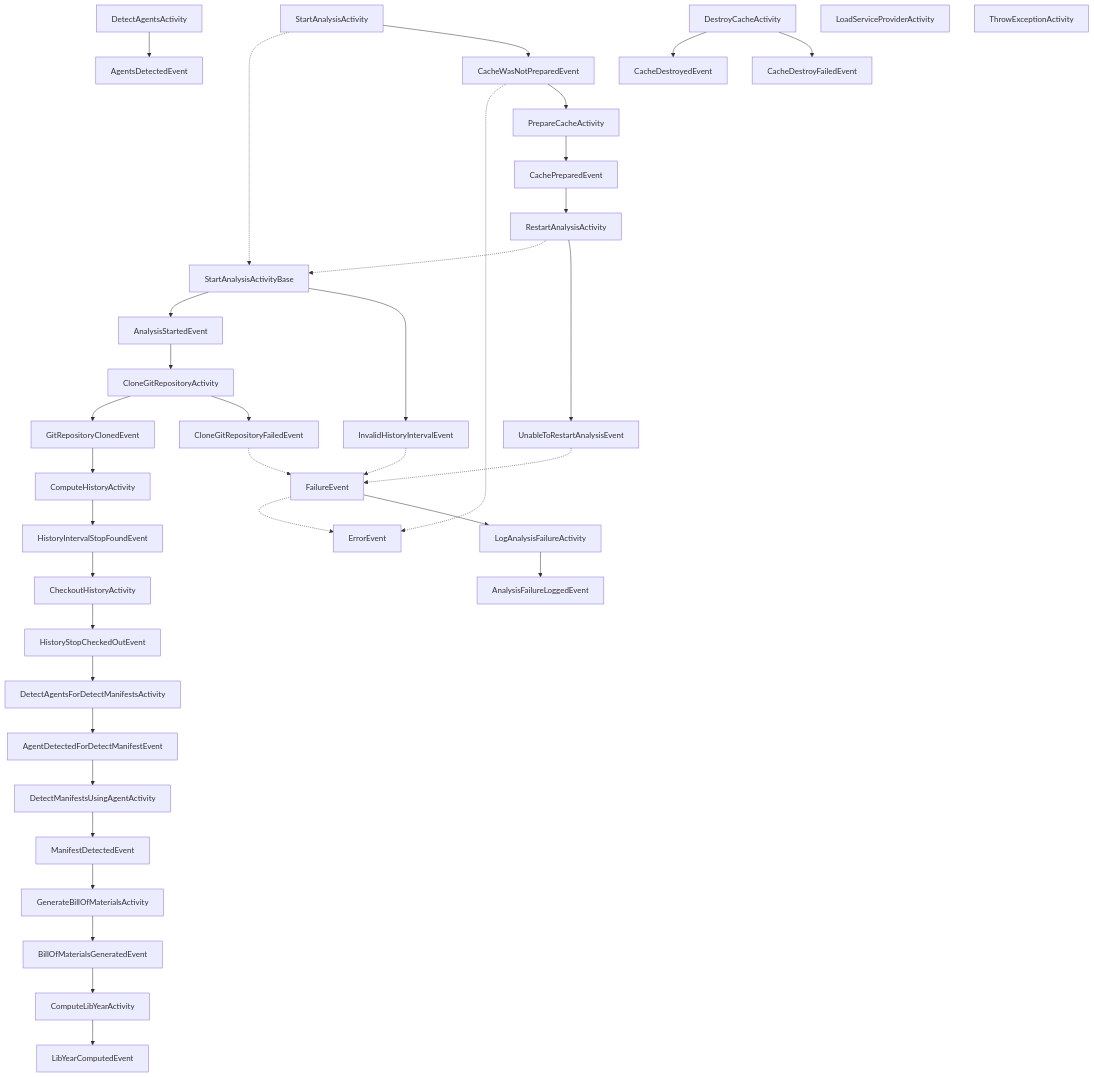
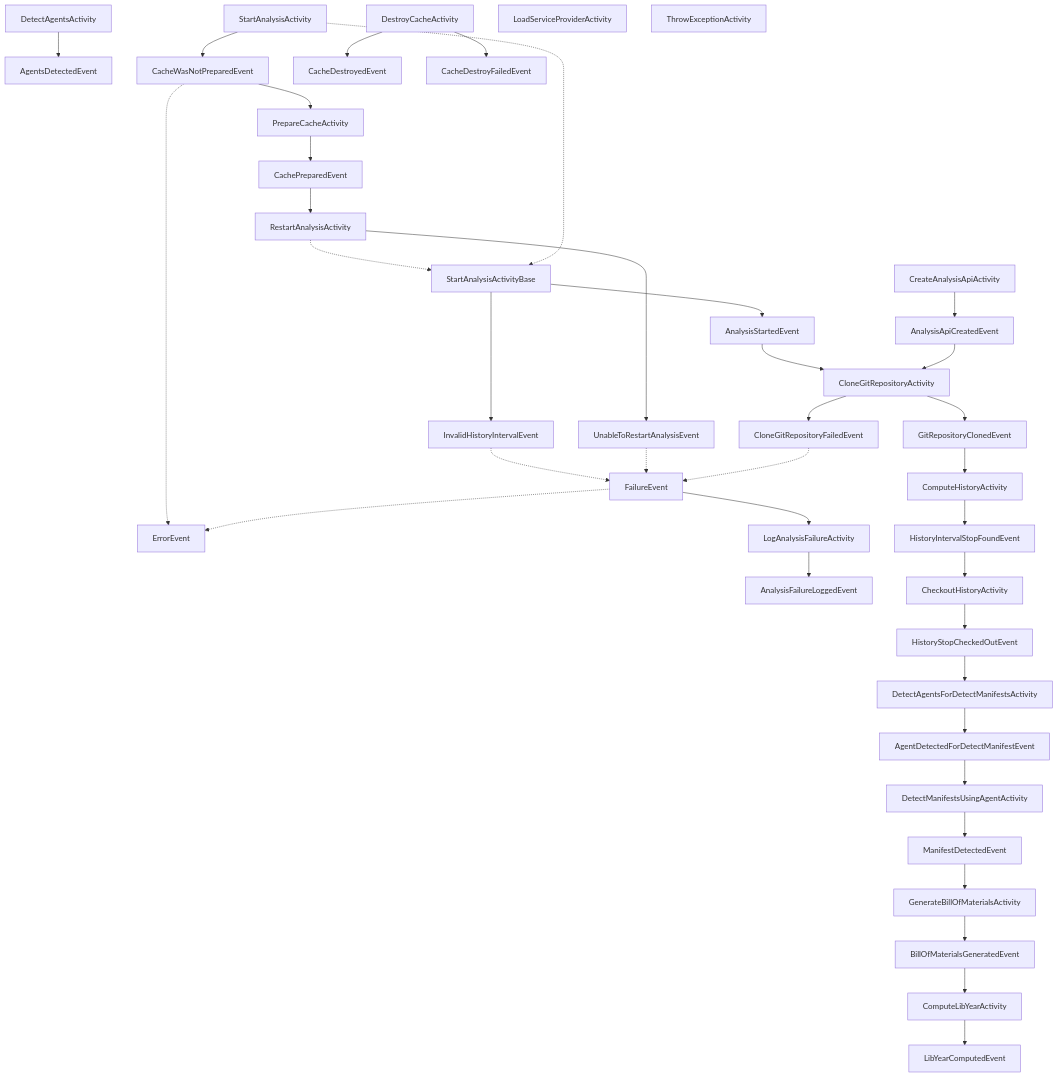
The diagram in docs/activities-and-events.md (corgibytes/freshli-cli), drawn with Mermaid before and after one commit.

Commit message:
Committing auto generated diagram.

````diff
--- a/docs/activities-and-events.md
+++ b/docs/activities-and-events.md
@@ -13,49 +13,51 @@
 ```mermaid
 flowchart TD;
     PrepareCacheActivity --> CachePreparedEvent
     AgentsDetectedEvent
     DetectAgentsActivity --> AgentsDetectedEvent
     AgentDetectedForDetectManifestEvent --> DetectManifestsUsingAgentActivity
     AnalysisFailureLoggedEvent
     AnalysisStartedEvent --> CloneGitRepositoryActivity
     CacheWasNotPreparedEvent -.-> ErrorEvent
     CacheWasNotPreparedEvent --> PrepareCacheActivity
     DetectAgentsForDetectManifestsActivity --> AgentDetectedForDetectManifestEvent
     DetectManifestsUsingAgentActivity --> ManifestDetectedEvent
     ErrorEvent
     FailureEvent -.-> ErrorEvent
     FailureEvent --> LogAnalysisFailureActivity
     InvalidHistoryIntervalEvent -.-> FailureEvent
     InvalidHistoryIntervalEvent
     LogAnalysisFailureActivity --> AnalysisFailureLoggedEvent
     ManifestDetectedEvent --> GenerateBillOfMaterialsActivity
     RestartAnalysisActivity -.-> StartAnalysisActivityBase
     RestartAnalysisActivity --> UnableToRestartAnalysisEvent
     StartAnalysisActivity -.-> StartAnalysisActivityBase
     StartAnalysisActivity --> CacheWasNotPreparedEvent
     StartAnalysisActivityBase --> AnalysisStartedEvent
     StartAnalysisActivityBase --> InvalidHistoryIntervalEvent
     UnableToRestartAnalysisEvent -.-> FailureEvent
     UnableToRestartAnalysisEvent
     BillOfMaterialsGeneratedEvent --> ComputeLibYearActivity
     GenerateBillOfMaterialsActivity --> BillOfMaterialsGeneratedEvent
     CacheDestroyedEvent
     CacheDestroyFailedEvent
     DestroyCacheActivity --> CacheDestroyedEvent
     DestroyCacheActivity --> CacheDestroyFailedEvent
     CachePreparedEvent --> RestartAnalysisActivity
     ComputeLibYearActivity --> LibYearComputedEvent
+    AnalysisApiCreatedEvent --> CloneGitRepositoryActivity
+    CreateAnalysisApiActivity --> AnalysisApiCreatedEvent
     CloneGitRepositoryActivity --> GitRepositoryClonedEvent
     CloneGitRepositoryActivity --> CloneGitRepositoryFailedEvent
     CloneGitRepositoryFailedEvent -.-> FailureEvent
     CloneGitRepositoryFailedEvent
     GitRepositoryClonedEvent --> ComputeHistoryActivity
     CheckoutHistoryActivity --> HistoryStopCheckedOutEvent
     ComputeHistoryActivity --> HistoryIntervalStopFoundEvent
     HistoryIntervalStopFoundEvent --> CheckoutHistoryActivity
     HistoryStopCheckedOutEvent --> DetectAgentsForDetectManifestsActivity
     LibYearComputedEvent
     LoadServiceProviderActivity
     ThrowExceptionActivity
 
 ```
````
